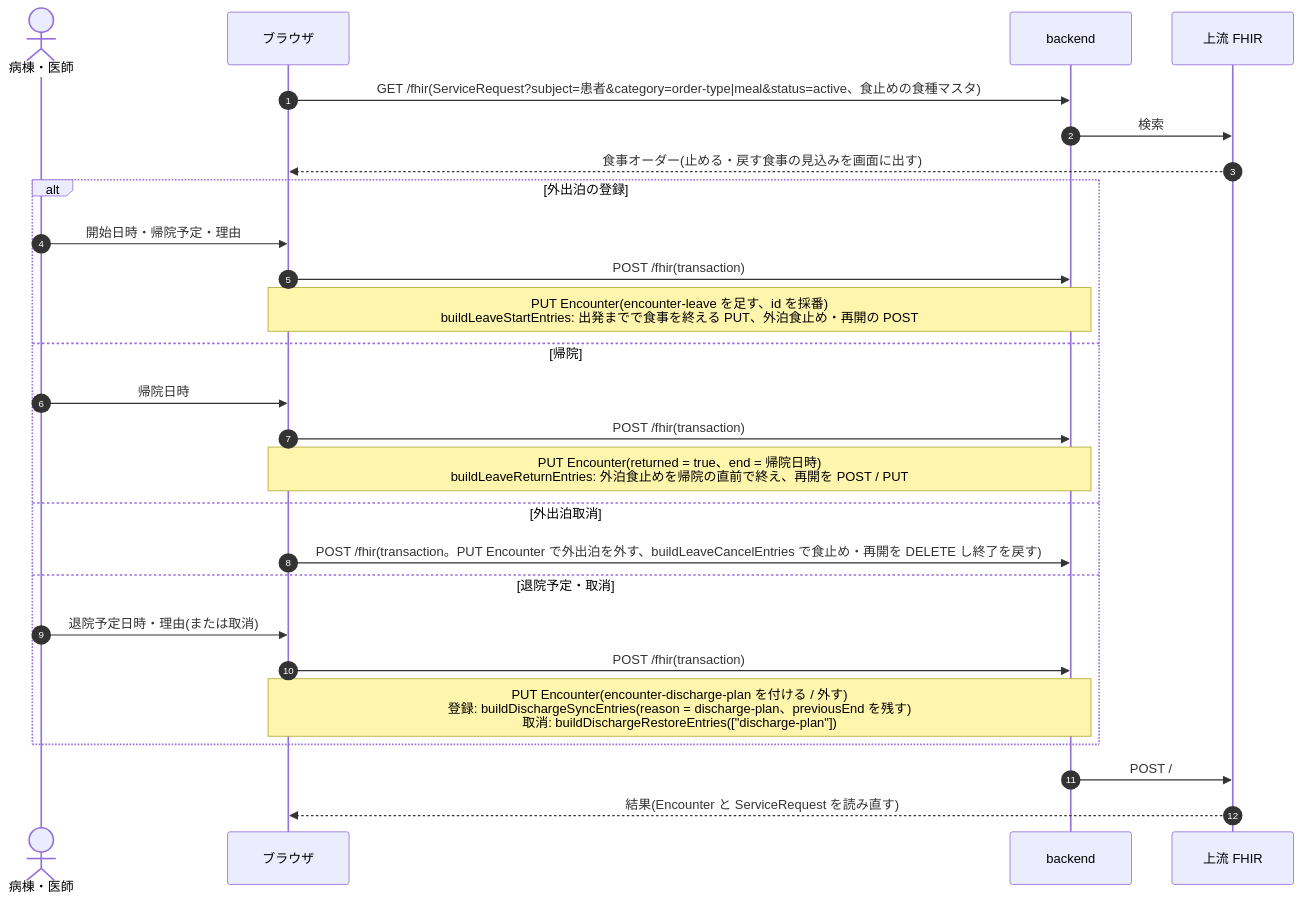
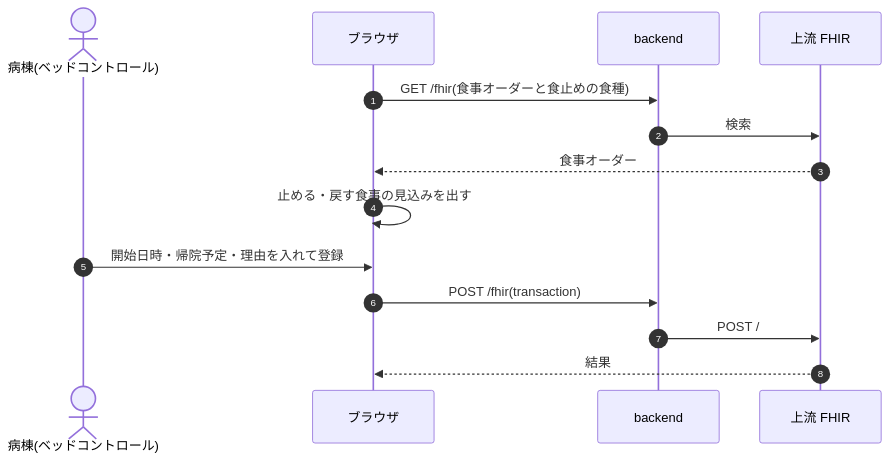
Before and after one commit to ysnr-dev/fhir-client-docs: the fifth of 7 diagrams in docs/dev/admission-discharge.md, drawn with Mermaid. The commit also changed other lines of this file and 43 other files, not shown here.

Commit message:
docs: 業務フローとシーケンス図を写し直し

````diff
--- a/docs/dev/admission-discharge.md
+++ b/docs/dev/admission-discharge.md
@@ -132,29 +219,17 @@
 ```mermaid
 sequenceDiagram
   autonumber
-  actor Ns as 病棟・医師
+  actor Ns as 病棟(ベッドコントロール)
   participant UI as ブラウザ
   participant BE as backend
   participant FHIR as 上流 FHIR
 
-  UI->>BE: GET /fhir(ServiceRequest?subject=患者&category=order-type|meal&status=active、食止めの食種マスタ)
+  UI->>BE: GET /fhir(食事オーダーと食止めの食種)
   BE->>FHIR: 検索
-  FHIR-->>UI: 食事オーダー(止める・戻す食事の見込みを画面に出す)
-  alt 外出泊の登録
-    Ns->>UI: 開始日時・帰院予定・理由
-    UI->>BE: POST /fhir(transaction)
-    Note over UI,BE: PUT Encounter(encounter-leave を足す、id を採番)<br/>buildLeaveStartEntries: 出発までで食事を終える PUT、外泊食止め・再開の POST
-  else 帰院
-    Ns->>UI: 帰院日時
-    UI->>BE: POST /fhir(transaction)
-    Note over UI,BE: PUT Encounter(returned = true、end = 帰院日時)<br/>buildLeaveReturnEntries: 外泊食止めを帰院の直前で終え、再開を POST / PUT
-  else 外出泊取消
-    UI->>BE: POST /fhir(transaction。PUT Encounter で外出泊を外す、buildLeaveCancelEntries で食止め・再開を DELETE し終了を戻す)
-  else 退院予定・取消
-    Ns->>UI: 退院予定日時・理由(または取消)
-    UI->>BE: POST /fhir(transaction)
-    Note over UI,BE: PUT Encounter(encounter-discharge-plan を付ける / 外す)<br/>登録: buildDischargeSyncEntries(reason = discharge-plan、previousEnd を残す)<br/>取消: buildDischargeRestoreEntries(["discharge-plan"])
-  end
+  FHIR-->>UI: 食事オーダー
+  UI->>UI: 止める・戻す食事の見込みを出す
+  Ns->>UI: 開始日時・帰院予定・理由を入れて登録
+  UI->>BE: POST /fhir(transaction)
   BE->>FHIR: POST /
-  FHIR-->>UI: 結果(Encounter と ServiceRequest を読み直す)
+  FHIR-->>UI: 結果
 ```
````
